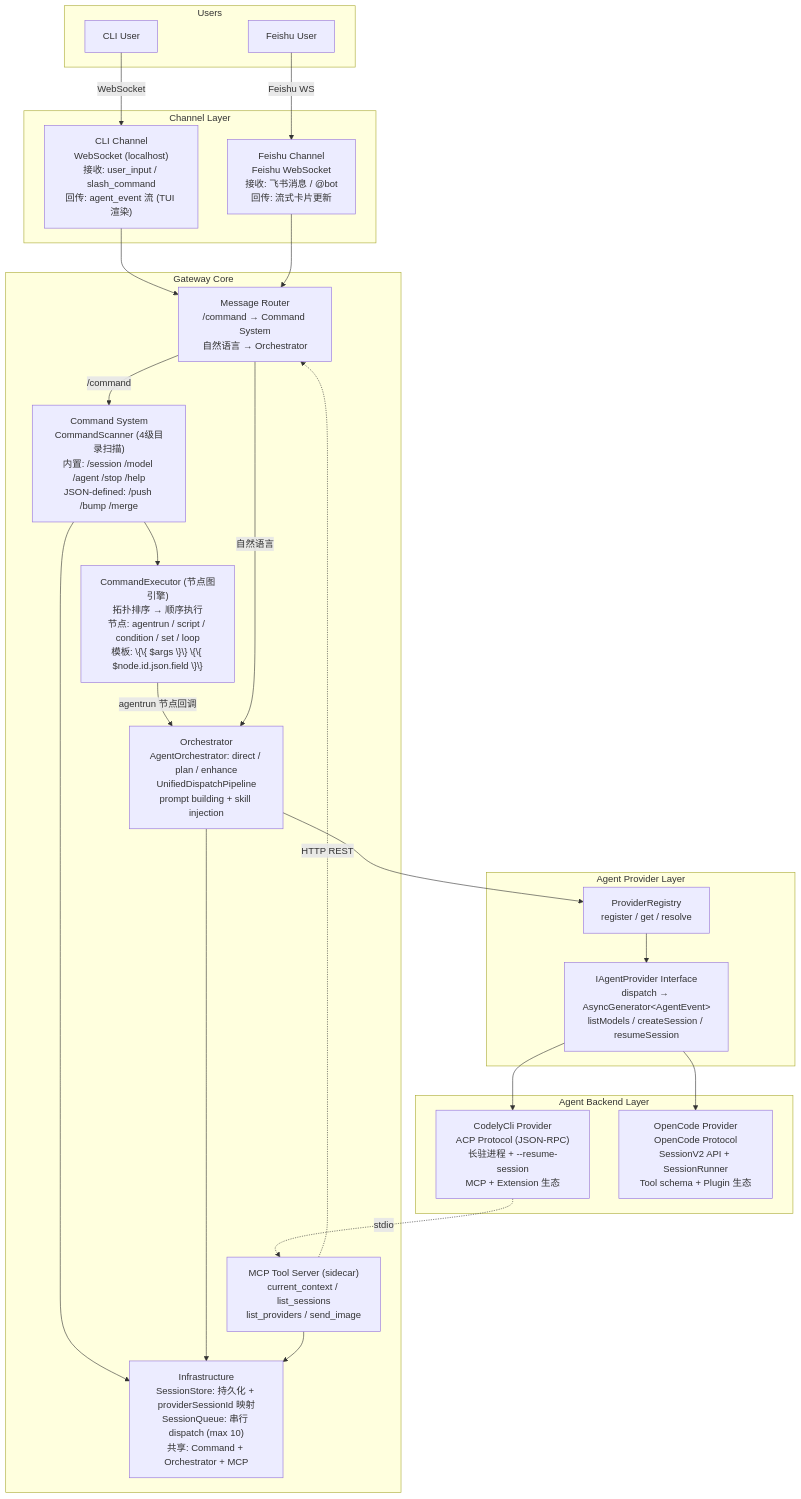
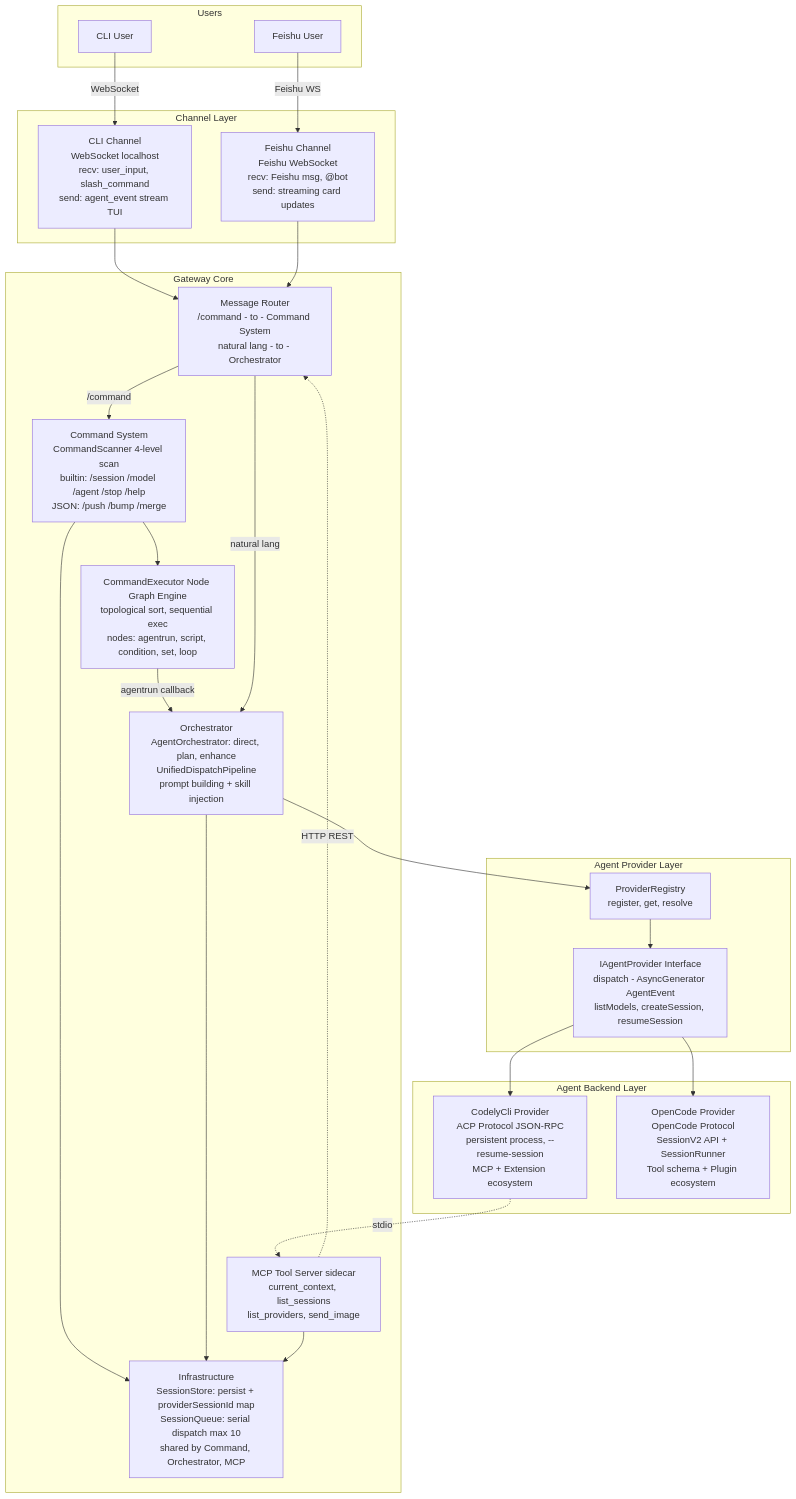
The diagram in README.md (Lu-Kye/OpenCrossAgent), drawn with Mermaid before and after one commit. The commit also changed 1 other file, not shown here.

Commit message:
docs: fix Mermaid syntax for GitHub rendering - pure ASCII, no HTML entities

````diff
--- a/README.md
+++ b/README.md
@@ -7,55 +7,55 @@
 ```mermaid
 graph TB
     subgraph Users
         U1[CLI User]
         U2[Feishu User]
     end
 
-    subgraph ChannelLayer["Channel Layer"]
-        CLI["CLI Channel<br/>WebSocket (localhost)<br/>接收: user_input / slash_command<br/>回传: agent_event 流 (TUI 渲染)"]
-        FS["Feishu Channel<br/>Feishu WebSocket<br/>接收: 飞书消息 / @bot<br/>回传: 流式卡片更新"]
+    subgraph ChannelLayer [Channel Layer]
+        CLI[CLI Channel<br/>WebSocket localhost<br/>recv: user_input, slash_command<br/>send: agent_event stream TUI]
+        FS[Feishu Channel<br/>Feishu WebSocket<br/>recv: Feishu msg, @bot<br/>send: streaming card updates]
     end
 
-    subgraph GatewayCore["Gateway Core"]
-        ROUTER["Message Router<br/>/command → Command System<br/>自然语言 → Orchestrator"]
-        CS["Command System<br/>CommandScanner (4级目录扫描)<br/>内置: /session /model /agent /stop /help<br/>JSON-defined: /push /bump /merge"]
-        EXEC["CommandExecutor (节点图引擎)<br/>拓扑排序 → 顺序执行<br/>节点: agentrun / script / condition / set / loop<br/>模板: \{\{ $args \}\} \{\{ $node.id.json.field \}\}"]
-        ORC["Orchestrator<br/>AgentOrchestrator: direct / plan / enhance<br/>UnifiedDispatchPipeline<br/>prompt building + skill injection"]
-        INFRA["Infrastructure<br/>SessionStore: 持久化 + providerSessionId 映射<br/>SessionQueue: 串行 dispatch (max 10)<br/>共享: Command + Orchestrator + MCP"]
-        MCP["MCP Tool Server (sidecar)<br/>current_context / list_sessions<br/>list_providers / send_image"]
+    subgraph GatewayCore [Gateway Core]
+        ROUTER[Message Router<br/>/command - to - Command System<br/>natural lang - to - Orchestrator]
+        CS[Command System<br/>CommandScanner 4-level scan<br/>builtin: /session /model /agent /stop /help<br/>JSON: /push /bump /merge]
+        EXEC[CommandExecutor Node Graph Engine<br/>topological sort, sequential exec<br/>nodes: agentrun, script, condition, set, loop]
+        ORC[Orchestrator<br/>AgentOrchestrator: direct, plan, enhance<br/>UnifiedDispatchPipeline<br/>prompt building + skill injection]
+        INFRA[Infrastructure<br/>SessionStore: persist + providerSessionId map<br/>SessionQueue: serial dispatch max 10<br/>shared by Command, Orchestrator, MCP]
+        MCP[MCP Tool Server sidecar<br/>current_context, list_sessions<br/>list_providers, send_image]
     end
 
-    subgraph ProviderLayer["Agent Provider Layer"]
-        REG["ProviderRegistry<br/>register / get / resolve"]
-        IAP["IAgentProvider Interface<br/>dispatch → AsyncGenerator&lt;AgentEvent&gt;<br/>listModels / createSession / resumeSession"]
+    subgraph ProviderLayer [Agent Provider Layer]
+        REG[ProviderRegistry<br/>register, get, resolve]
+        IAP[IAgentProvider Interface<br/>dispatch - AsyncGenerator AgentEvent<br/>listModels, createSession, resumeSession]
     end
 
-    subgraph BackendLayer["Agent Backend Layer"]
-        CLP["CodelyCli Provider<br/>ACP Protocol (JSON-RPC)<br/>长驻进程 + --resume-session<br/>MCP + Extension 生态"]
-        OCP["OpenCode Provider<br/>OpenCode Protocol<br/>SessionV2 API + SessionRunner<br/>Tool schema + Plugin 生态"]
+    subgraph BackendLayer [Agent Backend Layer]
+        CLP[CodelyCli Provider<br/>ACP Protocol JSON-RPC<br/>persistent process, --resume-session<br/>MCP + Extension ecosystem]
+        OCP[OpenCode Provider<br/>OpenCode Protocol<br/>SessionV2 API + SessionRunner<br/>Tool schema + Plugin ecosystem]
     end
 
     U1 -->|WebSocket| CLI
     U2 -->|Feishu WS| FS
 
     CLI --> ROUTER
     FS --> ROUTER
 
     ROUTER -->|/command| CS
     CS --> EXEC
-    EXEC -->|agentrun 节点回调| ORC
-    ROUTER -->|自然语言| ORC
+    EXEC -->|agentrun callback| ORC
+    ROUTER -->|natural lang| ORC
 
     CS --> INFRA
     ORC --> INFRA
     MCP --> INFRA
     ORC --> REG
 
     REG --> IAP
 
     IAP --> CLP
     IAP --> OCP
 
     CLP -.->|stdio| MCP
     MCP -.->|HTTP REST| ROUTER
 ```
````
